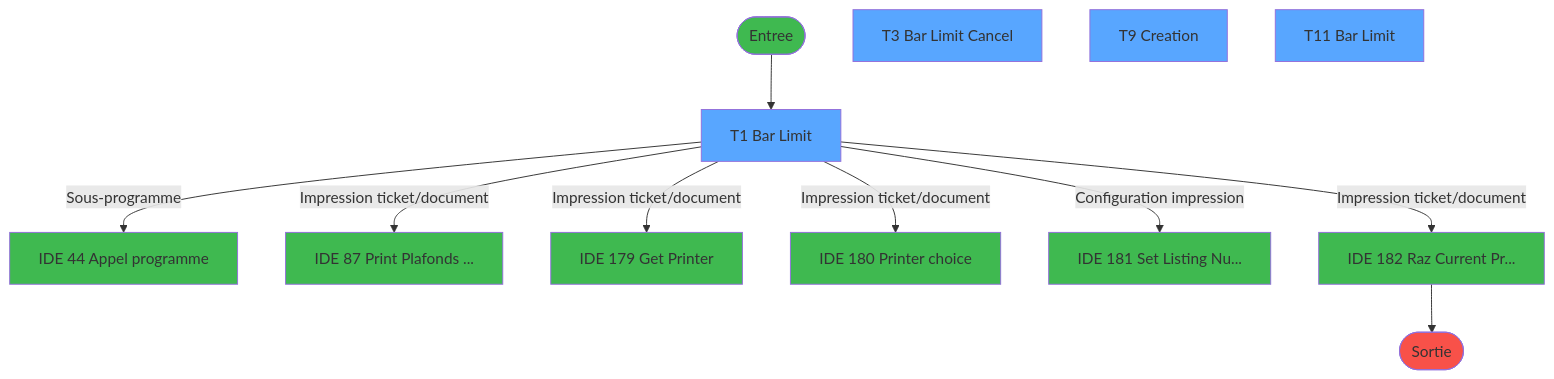
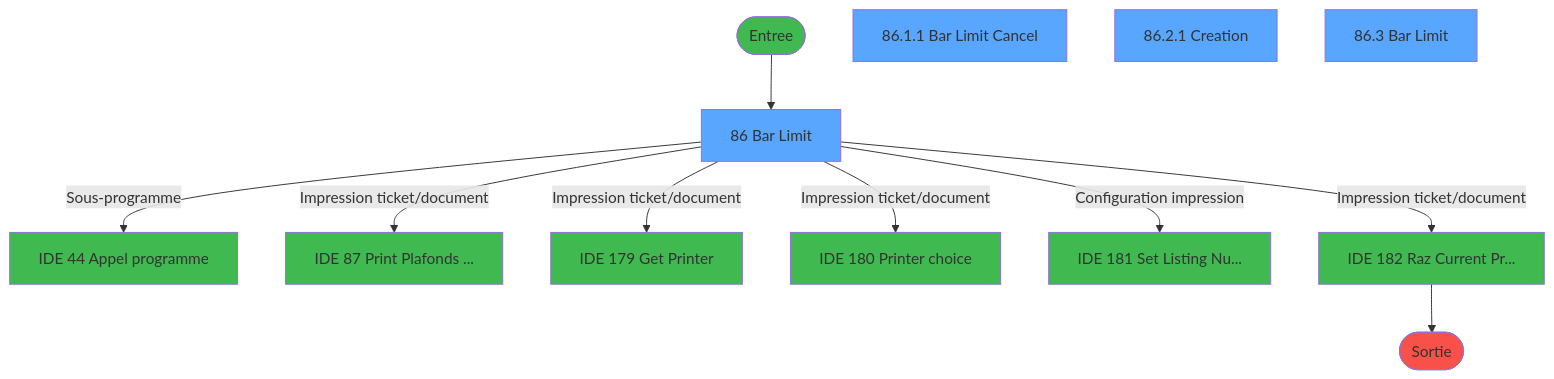
One commit to thonyAGP/lecteur-magic changed the first of 4 diagrams in .openspec/specs/ADH-IDE-86.md. Above: the diagram before and after it, drawn with Mermaid. The commit also changed other lines of this file and 493 other files, not shown here.

````diff
--- a/.openspec/specs/ADH-IDE-86.md
+++ b/.openspec/specs/ADH-IDE-86.md
@@ -1102,35 +1133,35 @@
 ```mermaid
 flowchart TD
     START([Entree])
     style START fill:#3fb950
-    VF1[T1 Bar Limit]
+    VF1[86 Bar Limit]
     style VF1 fill:#58a6ff
-    VF3[T3 Bar Limit Cancel]
+    VF3[86.1.1 Bar Limit Cancel]
     style VF3 fill:#58a6ff
-    VF9[T9 Creation]
+    VF9[86.2.1 Creation]
     style VF9 fill:#58a6ff
-    VF11[T11 Bar Limit]
+    VF11[86.3 Bar Limit]
     style VF11 fill:#58a6ff
     EXT44[IDE 44 Appel programme]
     style EXT44 fill:#3fb950
     EXT87[IDE 87 Print Plafonds ...]
     style EXT87 fill:#3fb950
     EXT179[IDE 179 Get Printer]
     style EXT179 fill:#3fb950
     EXT180[IDE 180 Printer choice]
     style EXT180 fill:#3fb950
     EXT181[IDE 181 Set Listing Nu...]
     style EXT181 fill:#3fb950
     EXT182[IDE 182 Raz Current Pr...]
     style EXT182 fill:#3fb950
     FIN([Sortie])
     style FIN fill:#f85149
     START --> VF1
     VF1 -->|Sous-programme| EXT44
     VF1 -->|Impression ticket/document| EXT87
     VF1 -->|Impression ticket/document| EXT179
     VF1 -->|Impression ticket/document| EXT180
     VF1 -->|Configuration impression| EXT181
     VF1 -->|Impression ticket/document| EXT182
     EXT182 --> FIN
 ```
````
